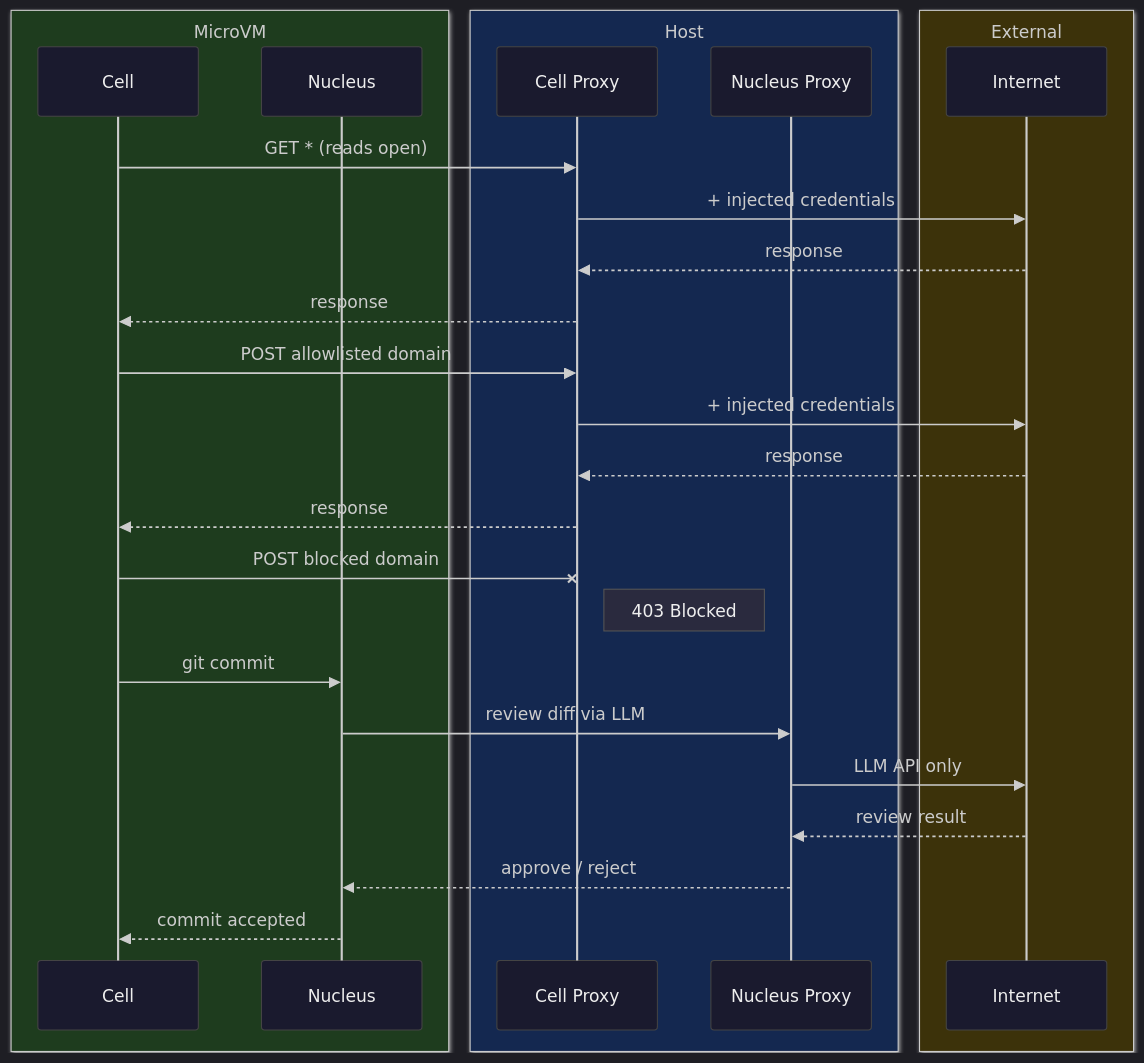
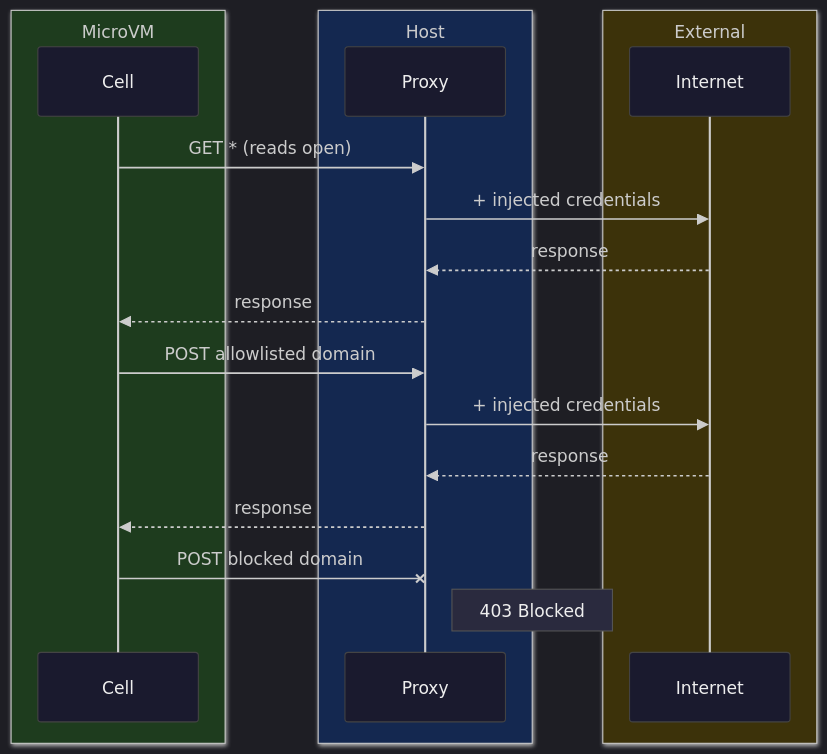
The diagram in README.md (ixxie/cella), drawn with Mermaid before and after one commit. The commit also changed other lines of this file and 36 other files, not shown here.

````diff
--- a/README.md
+++ b/README.md
@@ -364,35 +538,26 @@
 ```mermaid
 %%{init: {'theme': 'dark', 'themeVariables': {'actorBkg': '#1a1a2e', 'actorTextColor': '#eee', 'actorBorder': '#444', 'signalColor': '#ccc', 'signalTextColor': '#ccc', 'noteBkgColor': '#2a2a3e', 'noteTextColor': '#eee', 'noteBorderColor': '#555'}}}%%
 sequenceDiagram
     box rgb(30,60,30) MicroVM
         participant Cell
-        participant Nucleus
     end
     box rgb(20,40,80) Host
-        participant Proxy as Cell Proxy
-        participant NProxy as Nucleus Proxy
+        participant Proxy
     end
     box rgb(60,50,10) External
         participant Internet
     end
 
     Cell->>Proxy: GET * (reads open)
     Proxy->>Internet: + injected credentials
     Internet-->>Proxy: response
     Proxy-->>Cell: response
 
     Cell->>Proxy: POST allowlisted domain
     Proxy->>Internet: + injected credentials
     Internet-->>Proxy: response
     Proxy-->>Cell: response
 
     Cell-xProxy: POST blocked domain
     Note right of Proxy: 403 Blocked
-
-    Cell->>Nucleus: git commit
-    Nucleus->>NProxy: review diff via LLM
-    NProxy->>Internet: LLM API only
-    Internet-->>NProxy: review result
-    NProxy-->>Nucleus: approve / reject
-    Nucleus-->>Cell: commit accepted
 ```
````
